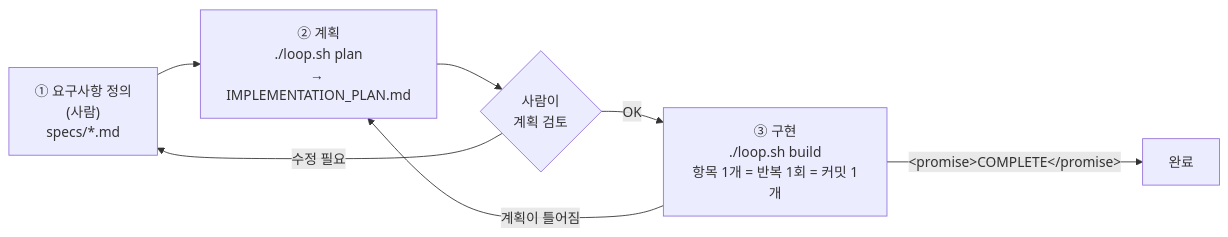
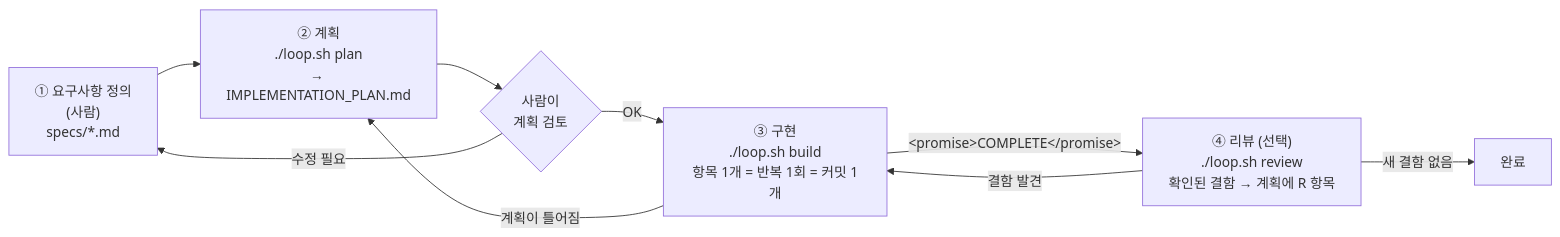
The first of 2 diagrams in README.md (ryankim8815/loop-engineering), drawn with Mermaid before and after one commit. The commit also changed other lines of this file and 3 other files, not shown here.

````diff
--- a/README.md
+++ b/README.md
@@ -49,9 +49,11 @@
 ```mermaid
 flowchart LR
   A["① 요구사항 정의<br/>(사람)<br/>specs/*.md"] --> B["② 계획<br/>./loop.sh plan<br/>→ IMPLEMENTATION_PLAN.md"]
   B --> R{"사람이<br/>계획 검토"}
   R -- "수정 필요" --> A
   R -- "OK" --> C["③ 구현<br/>./loop.sh build<br/>항목 1개 = 반복 1회 = 커밋 1개"]
   C -- "계획이 틀어짐" --> B
-  C -- "&lt;promise&gt;COMPLETE&lt;/promise&gt;" --> D["완료"]
+  C -- "&lt;promise&gt;COMPLETE&lt;/promise&gt;" --> V["④ 리뷰 (선택)<br/>./loop.sh review<br/>확인된 결함 → 계획에 R 항목"]
+  V -- "결함 발견" --> C
+  V -- "새 결함 없음" --> D["완료"]
 ```
````
